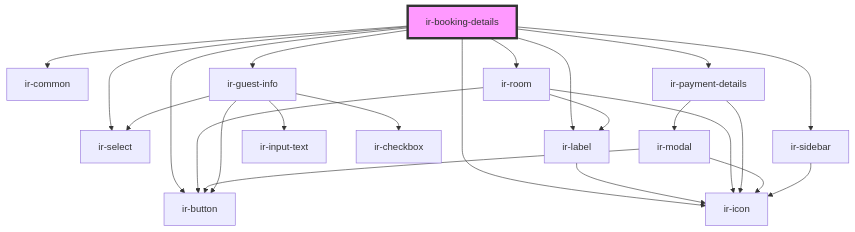
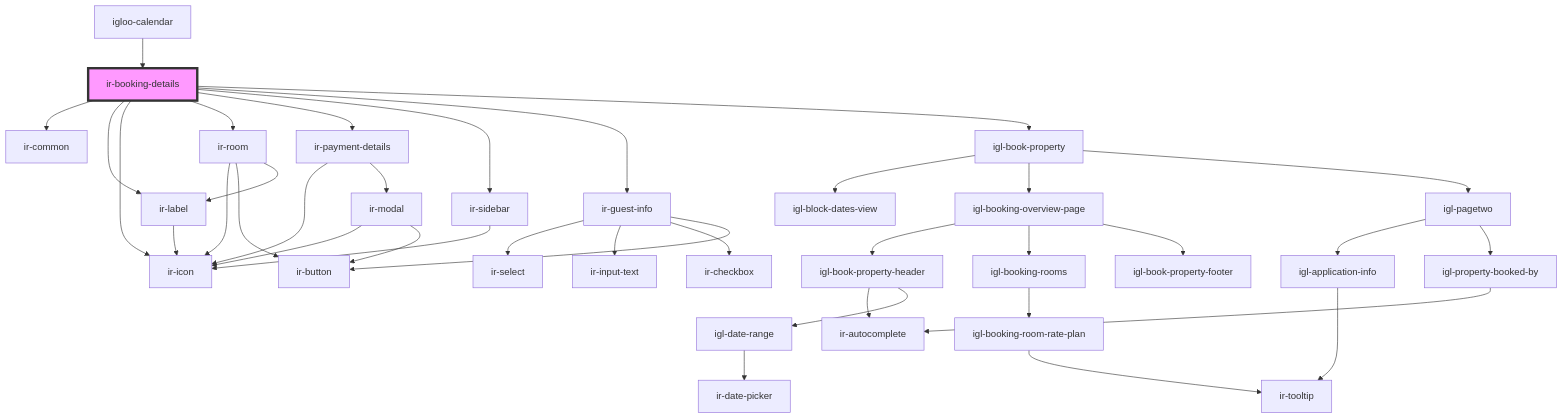
One commit to David1Chowaifaty/modified-ir-webcmp changed the diagram in src/components/ir-booking-details/readme.md. Above: the diagram before and after it, drawn with Mermaid. The commit also changed other lines of this file and 17 other files, not shown here.

Commit message:
modified the igl-booking-event and added alias import to ts-config

````diff
--- a/src/components/ir-booking-details/readme.md
+++ b/src/components/ir-booking-details/readme.md
@@ -65,26 +70,41 @@
 ```mermaid
 graph TD;
   ir-booking-details --> ir-common
-  ir-booking-details --> ir-select
-  ir-booking-details --> ir-button
+  ir-booking-details --> ir-label
   ir-booking-details --> ir-icon
-  ir-booking-details --> ir-label
   ir-booking-details --> ir-room
   ir-booking-details --> ir-payment-details
   ir-booking-details --> ir-sidebar
   ir-booking-details --> ir-guest-info
+  ir-booking-details --> igl-book-property
   ir-label --> ir-icon
   ir-room --> ir-icon
   ir-room --> ir-button
   ir-room --> ir-label
   ir-payment-details --> ir-icon
   ir-payment-details --> ir-modal
   ir-modal --> ir-icon
   ir-modal --> ir-button
   ir-sidebar --> ir-icon
   ir-guest-info --> ir-select
   ir-guest-info --> ir-input-text
   ir-guest-info --> ir-checkbox
   ir-guest-info --> ir-button
+  igl-book-property --> igl-block-dates-view
+  igl-book-property --> igl-booking-overview-page
+  igl-book-property --> igl-pagetwo
+  igl-booking-overview-page --> igl-book-property-header
+  igl-booking-overview-page --> igl-booking-rooms
+  igl-booking-overview-page --> igl-book-property-footer
+  igl-book-property-header --> ir-autocomplete
+  igl-book-property-header --> igl-date-range
+  igl-date-range --> ir-date-picker
+  igl-booking-rooms --> igl-booking-room-rate-plan
+  igl-booking-room-rate-plan --> ir-tooltip
+  igl-pagetwo --> igl-application-info
+  igl-pagetwo --> igl-property-booked-by
+  igl-application-info --> ir-tooltip
+  igl-property-booked-by --> ir-autocomplete
+  igloo-calendar --> ir-booking-details
   style ir-booking-details fill:#f9f,stroke:#333,stroke-width:4px
 ```
````
